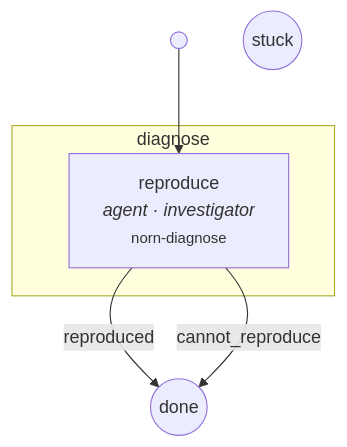
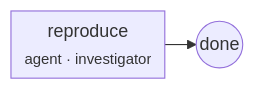
One commit to PruszynskiJakub/norn-next changed diagram 17 of 27 in docs/workflows.md. Above: the diagram before and after it, drawn with Mermaid. The commit also changed other lines of this file and 8 other files, not shown here.

First line of the commit message:
Workflow graphs read left to right along the main path, each shared part one node

````diff
--- a/docs/workflows.md
+++ b/docs/workflows.md
@@ -226,11 +397,9 @@
 ```mermaid
-flowchart TD
-  START(( )) --> s_reproduce
-  subgraph u_diagnose["diagnose"]
-    s_reproduce["reproduce<br/><i>agent · investigator</i><br/><small>norn-diagnose</small>"]
-  end
-  s_reproduce -->|"reproduced"| DONE
-  s_reproduce -->|"cannot_reproduce"| DONE
-  DONE((done))
-  STUCK((stuck))
+%%{init: {"flowchart": {"rankSpacing": 28, "nodeSpacing": 16, "padding": 6}}}%%
+flowchart LR
+  s_reproduce["reproduce<br/><small>agent · investigator</small>"]
+  DONE(("done"))
+  s_reproduce --> DONE
+  classDef gate fill:#fde68a,stroke:#b45309,color:#1c1917
+  classDef part fill:#e0e7ff,stroke:#4338ca,color:#1e1b4b
 ```
````
